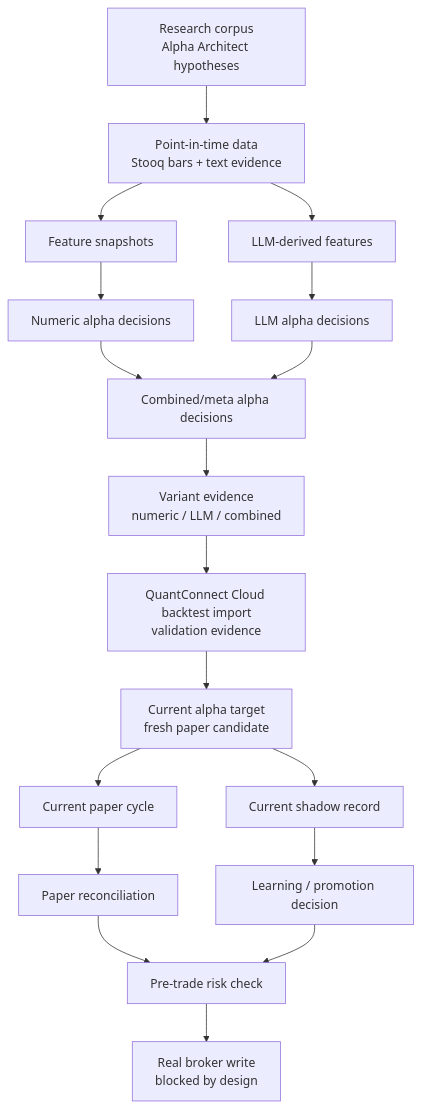
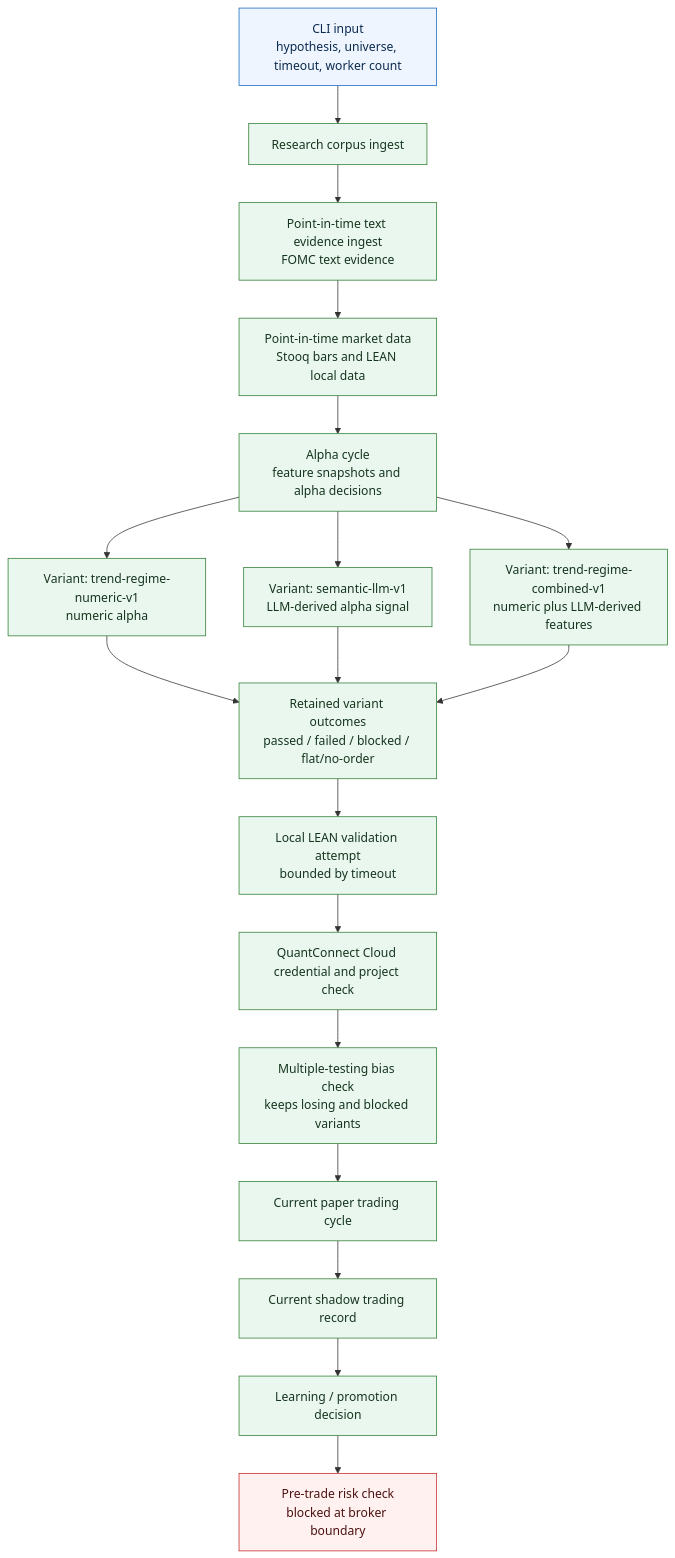
Before and after one commit to gigio1023/lincei-quant-research-engine: the second of 6 diagrams in result.md, drawn with Mermaid. The commit also changed other lines of this file and 10 other files, not shown here.

First line of the commit message:
Add bounded capital evidence triage

````diff
--- a/result.md
+++ b/result.md
@@ -19,20 +92,30 @@
 ```mermaid
 flowchart TD
-    A["Research corpus<br/>Alpha Architect hypotheses"] --> B["Point-in-time data<br/>Stooq bars + text evidence"]
-    B --> C["Feature snapshots"]
-    C --> D["Numeric alpha decisions"]
-    B --> E["LLM-derived features"]
-    E --> F["LLM alpha decisions"]
-    D --> G["Combined/meta alpha decisions"]
-    F --> G
-    G --> H["Variant evidence<br/>numeric / LLM / combined"]
-    H --> I["QuantConnect Cloud backtest import<br/>validation evidence"]
-    I --> J["Current alpha target<br/>fresh paper candidate"]
-    J --> K["Current paper cycle"]
-    J --> L["Current shadow record"]
-    K --> M["Paper reconciliation"]
-    L --> N["Learning / promotion decision"]
-    M --> O["Pre-trade risk check"]
-    N --> O
-    O --> P["Real broker write<br/>blocked by design"]
+    START["CLI input<br/>hypothesis, universe, timeout, worker count"] --> CORPUS["Research corpus ingest"]
+    CORPUS --> TEXT["Point-in-time text evidence ingest<br/>FOMC text evidence"]
+    TEXT --> DATA["Point-in-time market data<br/>Stooq bars and LEAN local data"]
+    DATA --> ALPHA["Alpha cycle<br/>feature snapshots and alpha decisions"]
+
+    ALPHA --> NUM["Variant: trend-regime-numeric-v1<br/>numeric alpha"]
+    ALPHA --> LLM["Variant: semantic-llm-v1<br/>LLM-derived alpha signal"]
+    ALPHA --> COMBO["Variant: trend-regime-combined-v1<br/>numeric plus LLM-derived features"]
+
+    NUM --> VARIANTS["Retained variant outcomes<br/>passed / failed / blocked / flat/no-order"]
+    LLM --> VARIANTS
+    COMBO --> VARIANTS
+
+    VARIANTS --> LEAN["Local LEAN validation attempt<br/>bounded by timeout"]
+    LEAN --> QC["QuantConnect Cloud credential and project check"]
+    QC --> BIAS["Multiple-testing bias check<br/>keeps losing and blocked variants"]
+    BIAS --> PAPER["Current paper trading cycle"]
+    PAPER --> SHADOW["Current shadow trading record"]
+    SHADOW --> LEARNING["Learning / promotion decision"]
+    LEARNING --> PREFLIGHT["Pre-trade risk check<br/>blocked at broker boundary"]
+
+    classDef input fill:#eef5ff,stroke:#1565c0,color:#0b2b4f
+    classDef pass fill:#eaf7ee,stroke:#2e7d32,color:#16351f
+    classDef block fill:#fff1f0,stroke:#c62828,color:#4b1111
+    class START input
+    class CORPUS,TEXT,DATA,ALPHA,NUM,LLM,COMBO,VARIANTS,LEAN,QC,BIAS,PAPER,SHADOW,LEARNING pass
+    class PREFLIGHT block
 ```
````
